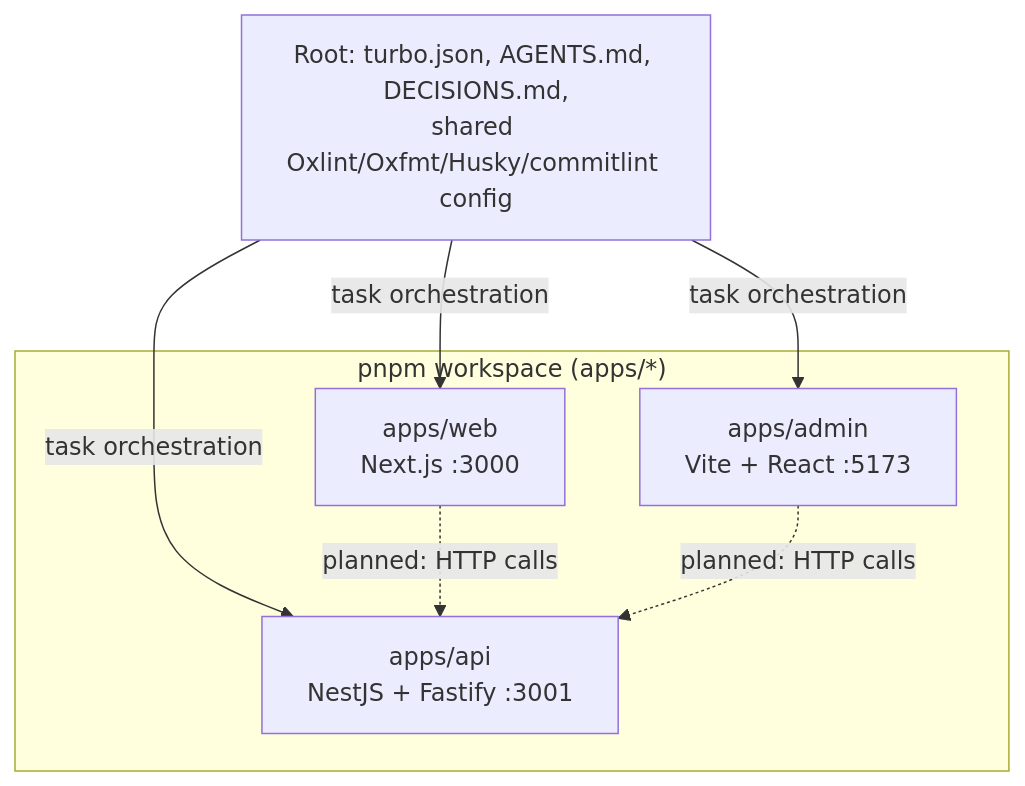
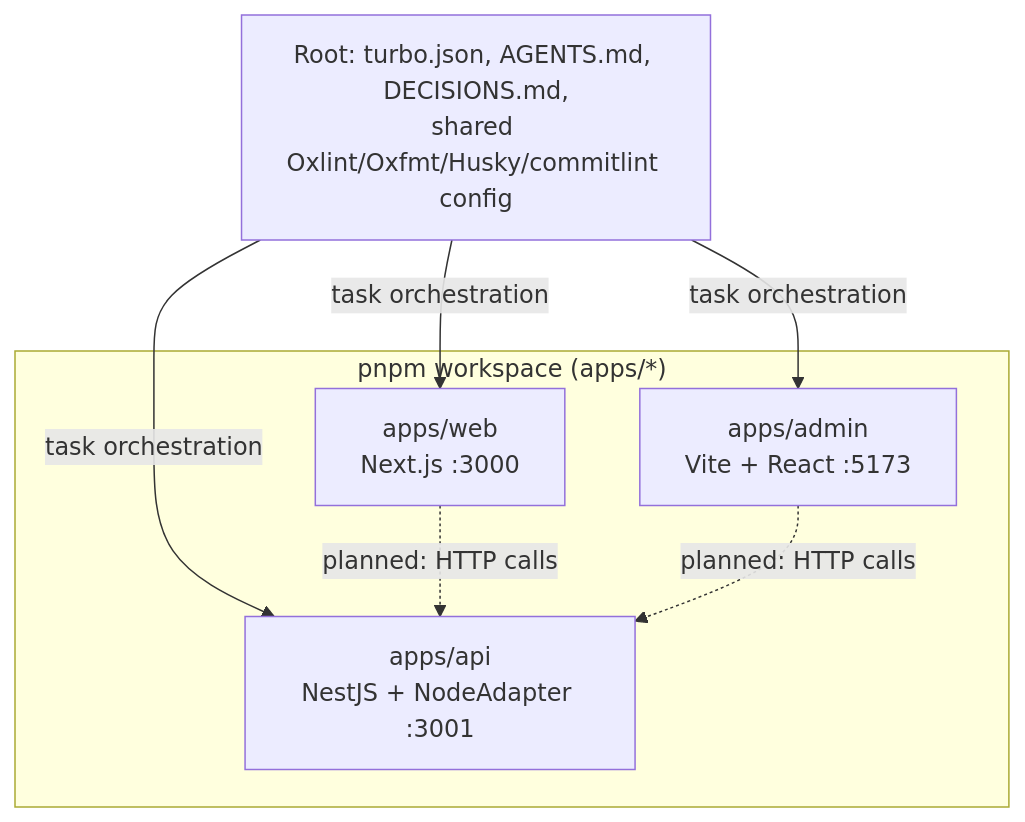
One commit to Silent-Watcher/neo-bank changed the diagram in docs/architecture.md. Above: the diagram before and after it, drawn with Mermaid. The commit also changed other lines of this file and 50 other files, not shown here.

Commit message:
feat(api): migrate the API HTTP Platform from Fastify to the NestJS NodeAdapter + ETag/304 support

````diff
--- a/docs/architecture.md
+++ b/docs/architecture.md
@@ -47,17 +47,17 @@
 ```mermaid
 graph TD
     subgraph pnpm workspace ["pnpm workspace (apps/*)"]
-        API["apps/api<br/>NestJS + Fastify :3001"]
+        API["apps/api<br/>NestJS + NodeAdapter :3001"]
         WEB["apps/web<br/>Next.js :3000"]
         ADMIN["apps/admin<br/>Vite + React :5173"]
     end
 
     ROOT["Root: turbo.json, AGENTS.md, DECISIONS.md,<br/>shared Oxlint/Oxfmt/Husky/commitlint config"]
 
     ROOT -->|"task orchestration"| API
     ROOT -->|"task orchestration"| WEB
     ROOT -->|"task orchestration"| ADMIN
 
     WEB -.->|"planned: HTTP calls"| API
     ADMIN -.->|"planned: HTTP calls"| API
 ```
````
